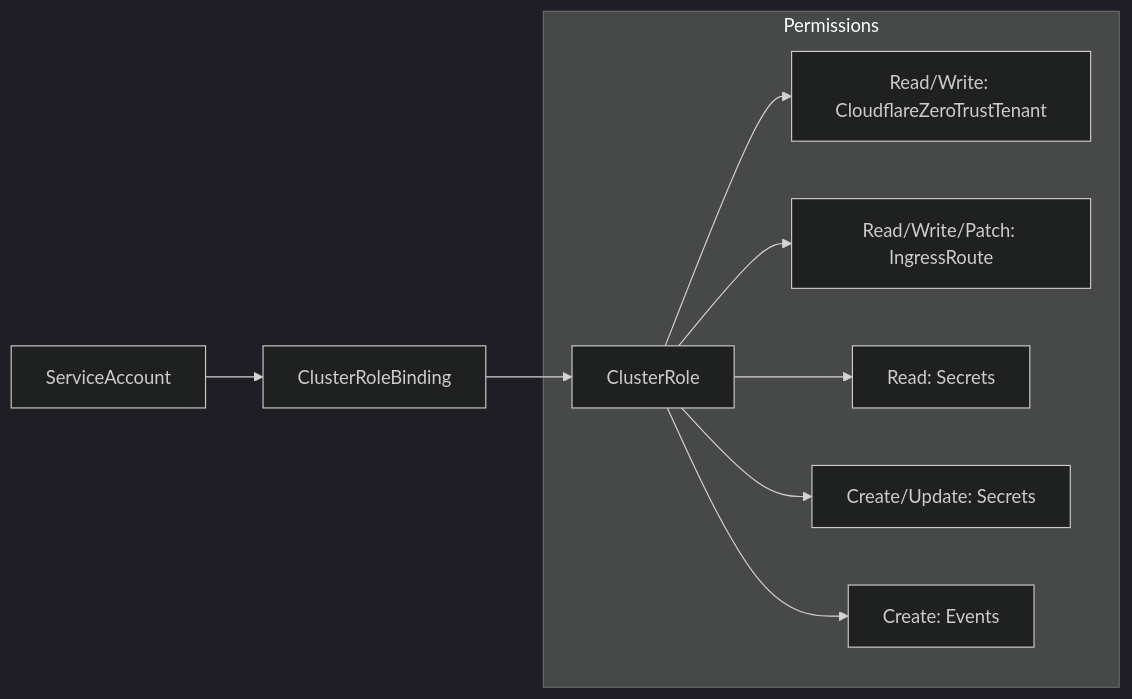
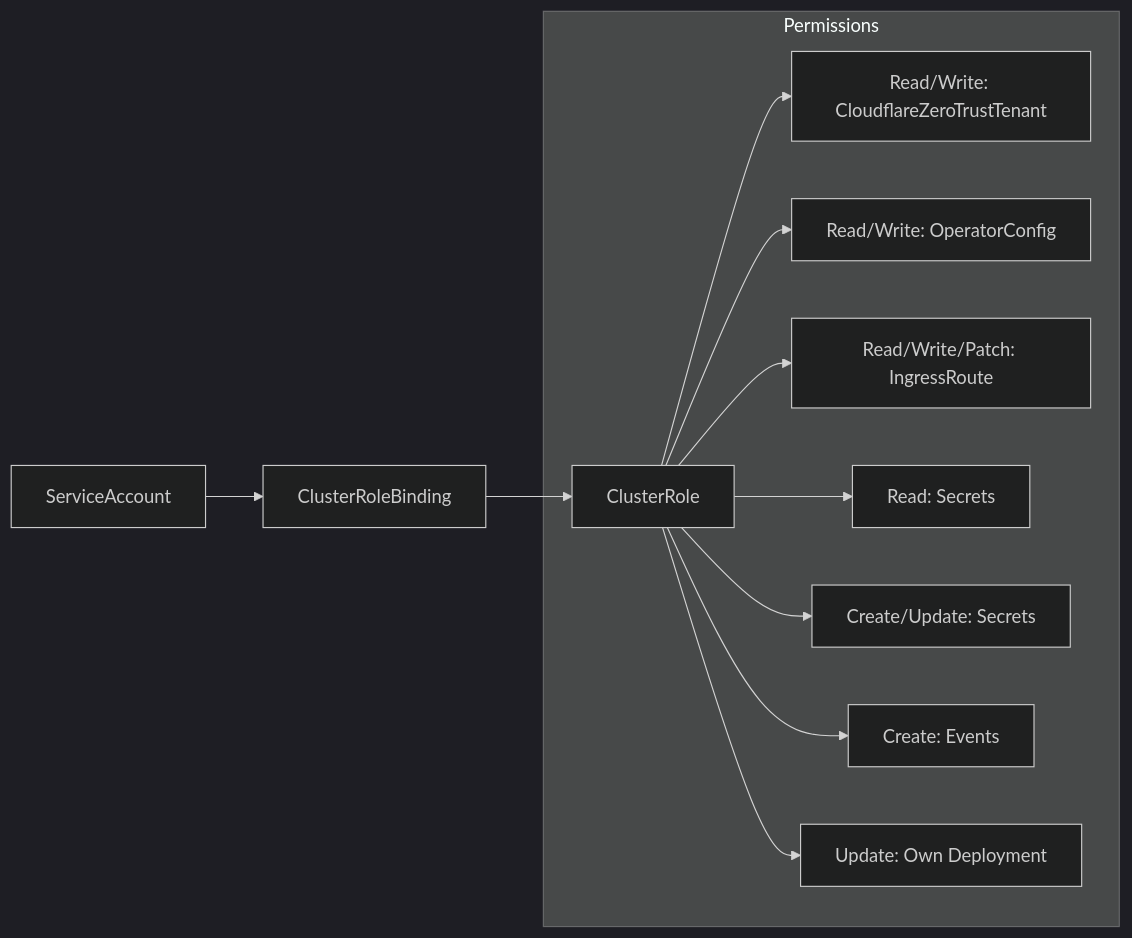
The fourth of 16 diagrams in docs/architecture.md (wheetazlab/cloudflare-zero-trust-operator), drawn with Mermaid (dark theme) before and after one commit. The commit also changed other lines of this file and 13 other files, not shown here.

````diff
--- a/docs/architecture.md
+++ b/docs/architecture.md
@@ -239,13 +257,15 @@
 ```mermaid
 graph LR
     SA[ServiceAccount] --> CRB[ClusterRoleBinding]
     CRB --> CR[ClusterRole]
     
     subgraph "Permissions"
         CR --> P1[Read/Write: CloudflareZeroTrustTenant]
+        CR --> P1B[Read/Write: OperatorConfig]
         CR --> P2[Read/Write/Patch: IngressRoute]
         CR --> P3[Read: Secrets]
         CR --> P4[Create/Update: Secrets]
         CR --> P5[Create: Events]
+        CR --> P6[Update: Own Deployment]
     end
 ```
````
